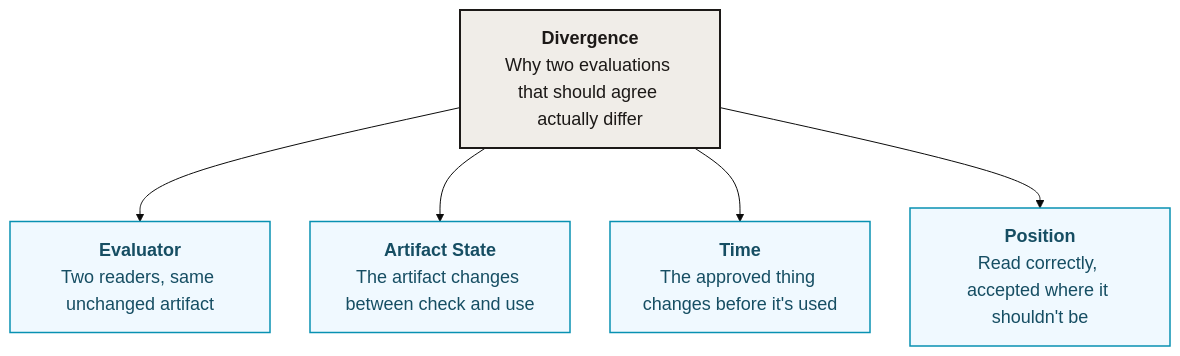
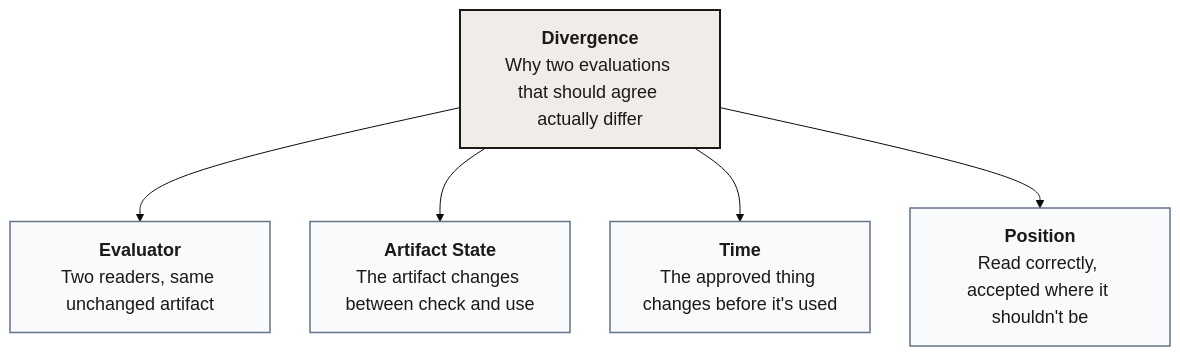
Before and after one commit to cosai-oasis/ws4-secure-design-agentic-systems: the ninth of 26 diagrams in whitepapers/modality_agnostic_taxonomy.md, drawn with Mermaid. The commit also changed other lines of this file, not shown here.

````diff
--- a/whitepapers/modality_agnostic_taxonomy.md
+++ b/whitepapers/modality_agnostic_taxonomy.md
@@ -479,16 +459,16 @@
 ```mermaid
 %%{init: {"theme": "base", "flowchart": {"nodeSpacing": 40, "rankSpacing": 60, "htmlLabels": true}, "themeVariables": {"fontSize": "18px"}}}%%
 flowchart TD
     ROOT["<b>Divergence</b><br/>Why two evaluations that should agree actually differ"]
 
     ROOT --> EV["<b>Evaluator</b><br/>Two readers, same unchanged artifact"]
     ROOT --> AS["<b>Artifact State</b><br/>The artifact changes between check and use"]
     ROOT --> TI["<b>Time</b><br/>The approved thing changes before it's used"]
     ROOT --> PO["<b>Position</b><br/>Read correctly, accepted where it shouldn't be"]
 
     classDef root fill:#f0ede8,stroke:#1c1917,stroke-width:2px,color:#1c1917
-    classDef divergence fill:#f0f9ff,stroke:#0891b2,stroke-width:1.5px,color:#164e63
+    classDef branch fill:#f8fafc,stroke:#64748b,stroke-width:1.5px,color:#1c1917
 
     class ROOT root
-    class EV,AS,TI,PO divergence
+    class EV,AS,TI,PO branch
 ```
````
